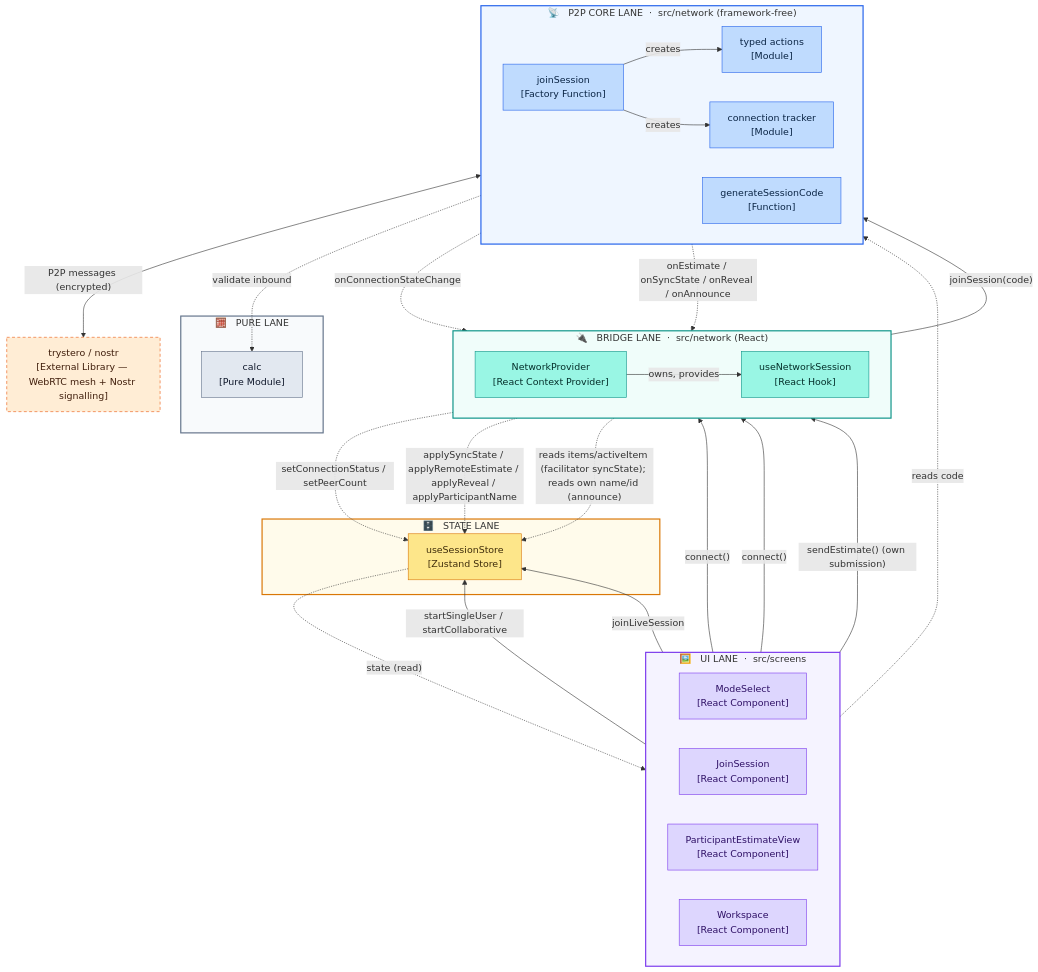
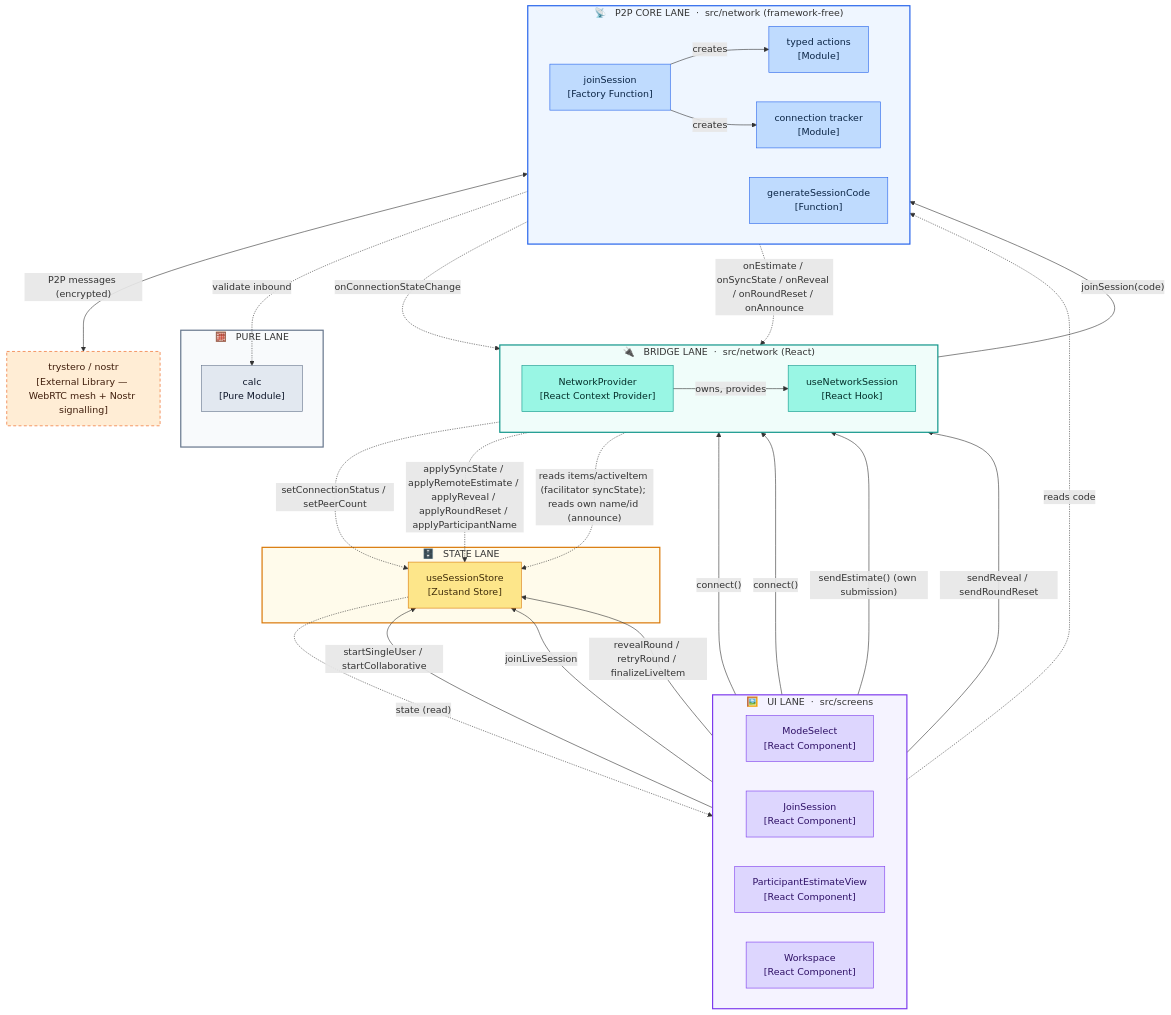
One commit to cfisch3r/estimate changed the first of 5 diagrams in docs/concepts/collaboration-mode.md. Above: the diagram before and after it, drawn with Mermaid. The commit also changed other lines of this file and 15 other files, not shown here.

First line of the commit message:
Build the facilitator reveal flow: Workspace states 1c → 1d (#8)

````diff
--- a/docs/concepts/collaboration-mode.md
+++ b/docs/concepts/collaboration-mode.md
@@ -22,77 +23,79 @@
 ```mermaid
 flowchart TD
   subgraph screens["🖼️ &nbsp; UI LANE &nbsp;·&nbsp; src/screens"]
     direction LR
     MS["ModeSelect<br/>[React Component]"]
     JS["JoinSession<br/>[React Component]"]
     PEV["ParticipantEstimateView<br/>[React Component]"]
     WS["Workspace<br/>[React Component]"]
   end
 
   subgraph statelane["🗄️ &nbsp; STATE LANE"]
     Store["useSessionStore<br/>[Zustand Store]"]
   end
 
   subgraph bridge["🔌 &nbsp; BRIDGE LANE &nbsp;·&nbsp; src/network (React)"]
     direction LR
     NP["NetworkProvider<br/>[React Context Provider]"]
     Hook["useNetworkSession<br/>[React Hook]"]
   end
 
   subgraph core["📡 &nbsp; P2P CORE LANE &nbsp;·&nbsp; src/network (framework-free)"]
     direction LR
     JSN["joinSession<br/>[Factory Function]"]
     Act["typed actions<br/>[Module]"]
     Conn["connection tracker<br/>[Module]"]
     Code["generateSessionCode<br/>[Function]"]
   end
 
   subgraph purelane["🧮 &nbsp; PURE LANE"]
     Calc["calc<br/>[Pure Module]"]
   end
 
   Trystero["trystero / nostr<br/>[External Library — WebRTC mesh + Nostr signalling]"]
 
   %% --- synchronous calls (solid) ---
   MS -->|"startSingleUser / startCollaborative"| Store
   JS -->|"joinLiveSession"| Store
   MS -->|"connect()"| Hook
   JS -->|"connect()"| Hook
   MS -.->|"reads code"| Code
   NP -->|"owns, provides"| Hook
   Hook -->|"joinSession(code)"| JSN
   PEV -->|"sendEstimate() (own submission)"| Hook
+  WS -->|"revealRound / retryRound / finalizeLiveItem"| Store
+  WS -->|"sendReveal / sendRoundReset"| Hook
   JSN -->|"creates"| Act
   JSN -->|"creates"| Conn
   Act <-->|"P2P messages (encrypted)"| Trystero
   Act -.->|"validate inbound"| Calc
 
   %% --- asynchronous events / reads (dotted) ---
   Conn -.->|"onConnectionStateChange"| Hook
-  Act -.->|"onEstimate / onSyncState / onReveal / onAnnounce"| NP
+  Act -.->|"onEstimate / onSyncState / onReveal / onRoundReset / onAnnounce"| NP
   Hook -.->|"setConnectionStatus / setPeerCount"| Store
-  NP -.->|"applySyncState / applyRemoteEstimate / applyReveal / applyParticipantName"| Store
+  NP -.->|"applySyncState / applyRemoteEstimate / applyReveal / applyRoundReset / applyParticipantName"| Store
   NP -.->|"reads items/activeItem (facilitator syncState); reads own name/id (announce)"| Store
   Store -.->|"state (read)"| screens
 
   %% --- lane + node colours ---
   classDef ui     fill:#DDD6FE,stroke:#7C3AED,color:#2E1065
   classDef state  fill:#FDE68A,stroke:#D97706,color:#3F2D0B
   classDef br     fill:#99F6E4,stroke:#0D9488,color:#042F2A
   classDef pcore  fill:#BFDBFE,stroke:#2563EB,color:#0B2545
   classDef pure   fill:#E2E8F0,stroke:#64748B,color:#0F172A
   classDef ext    fill:#FFEDD5,stroke:#EA580C,color:#3F1D0B,stroke-dasharray:5 4
 
   class MS,JS,PEV,WS ui
   class Store state
   class NP,Hook br
   class JSN,Act,Conn,Code pcore
   class Calc pure
   class Trystero ext
 
   style screens   fill:#F5F3FF,stroke:#7C3AED,stroke-width:2px
   style statelane fill:#FFFBEB,stroke:#D97706,stroke-width:2px
   style bridge    fill:#F0FDFA,stroke:#0D9488,stroke-width:2px
   style core      fill:#EFF6FF,stroke:#2563EB,stroke-width:2px
   style purelane  fill:#F8FAFC,stroke:#64748B,stroke-width:2px
 ```
````
